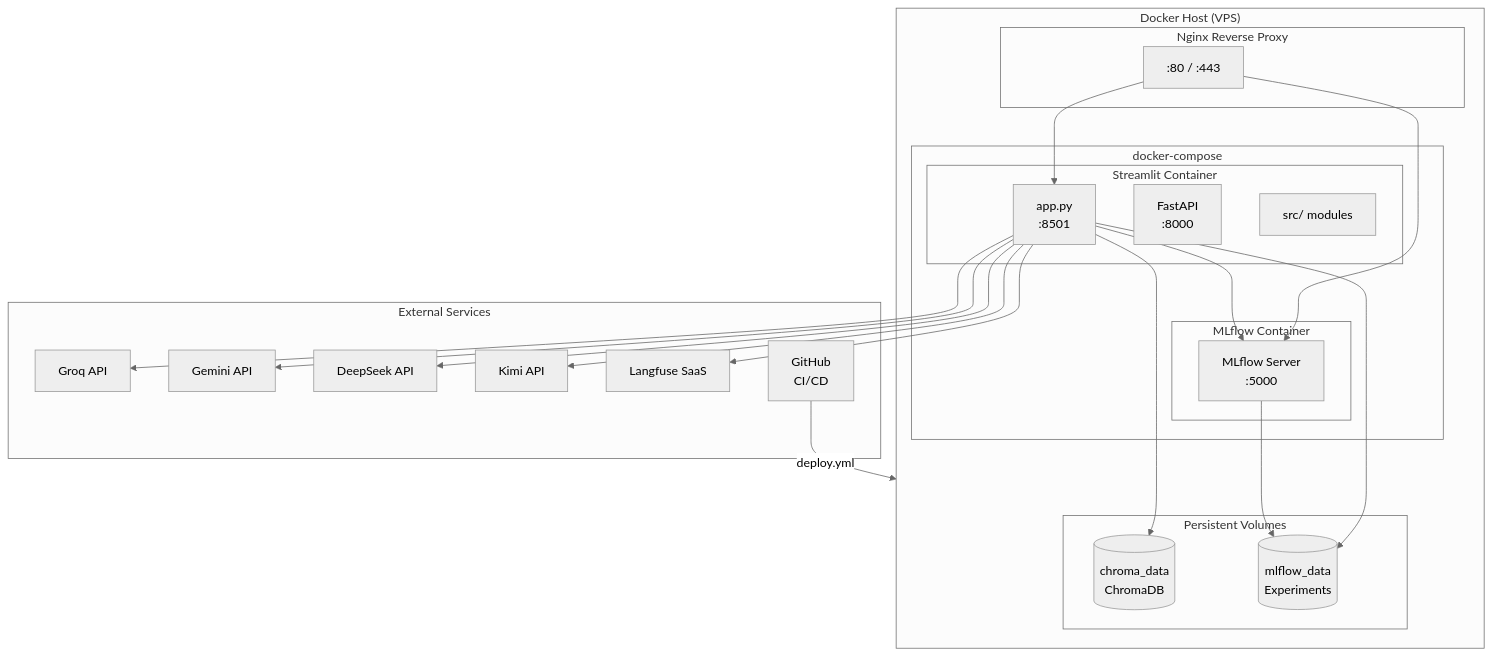
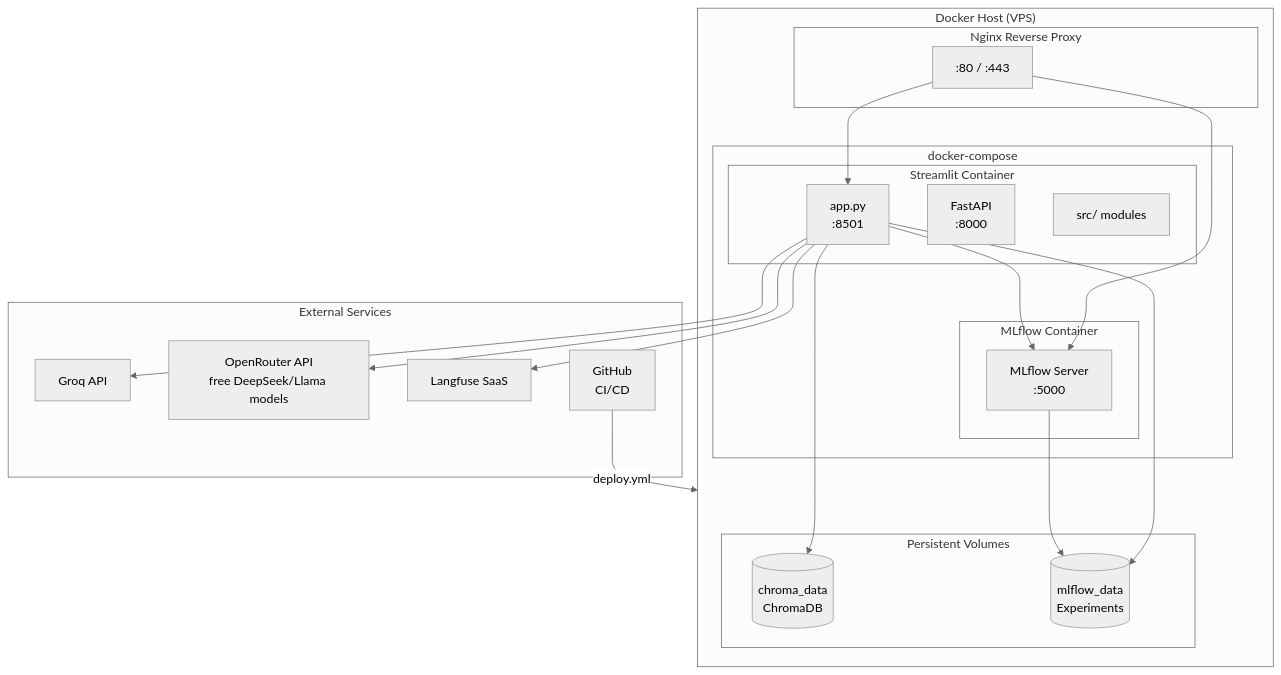
The diagram in docs/diagrams/deployment.md (tatsat3mutee/mtech-teleco-multiagent-project), drawn with Mermaid (neutral theme) before and after one commit. The commit also changed 14 other files, not shown here.

````diff
--- a/docs/diagrams/deployment.md
+++ b/docs/diagrams/deployment.md
@@ -3,50 +3,46 @@
 ```mermaid
 graph TB
     subgraph Internet["External Services"]
         GROQ[Groq API]
-        GEMINI[Gemini API]
-        DEEP[DeepSeek API]
-        KIMI[Kimi API]
+        OPENR[OpenRouter API<br/>free DeepSeek/Llama models]
         LFSAAS[Langfuse SaaS]
         GH[GitHub<br/>CI/CD]
     end
 
     subgraph Host["Docker Host (VPS)"]
         subgraph NGINX["Nginx Reverse Proxy"]
             NG[":80 / :443"]
         end
 
         subgraph Docker["docker-compose"]
             subgraph ST["Streamlit Container"]
                 APP[app.py<br/>:8501]
                 FAPI[FastAPI<br/>:8000]
                 SRC[src/ modules]
             end
 
             subgraph MLF["MLflow Container"]
                 MLS[MLflow Server<br/>:5000]
             end
         end
 
         subgraph Volumes["Persistent Volumes"]
             CV[(chroma_data<br/>ChromaDB)]
             MV[(mlflow_data<br/>Experiments)]
         end
     end
 
     %% Connections
     NG --> APP
     NG --> MLS
     APP --> CV
     APP --> MV
     MLS --> MV
 
     APP --> GROQ
-    APP --> GEMINI
-    APP --> DEEP
-    APP --> KIMI
+    APP --> OPENR
     APP --> LFSAAS
     APP --> MLS
 
     GH -->|deploy.yml| Host
 ```
````
